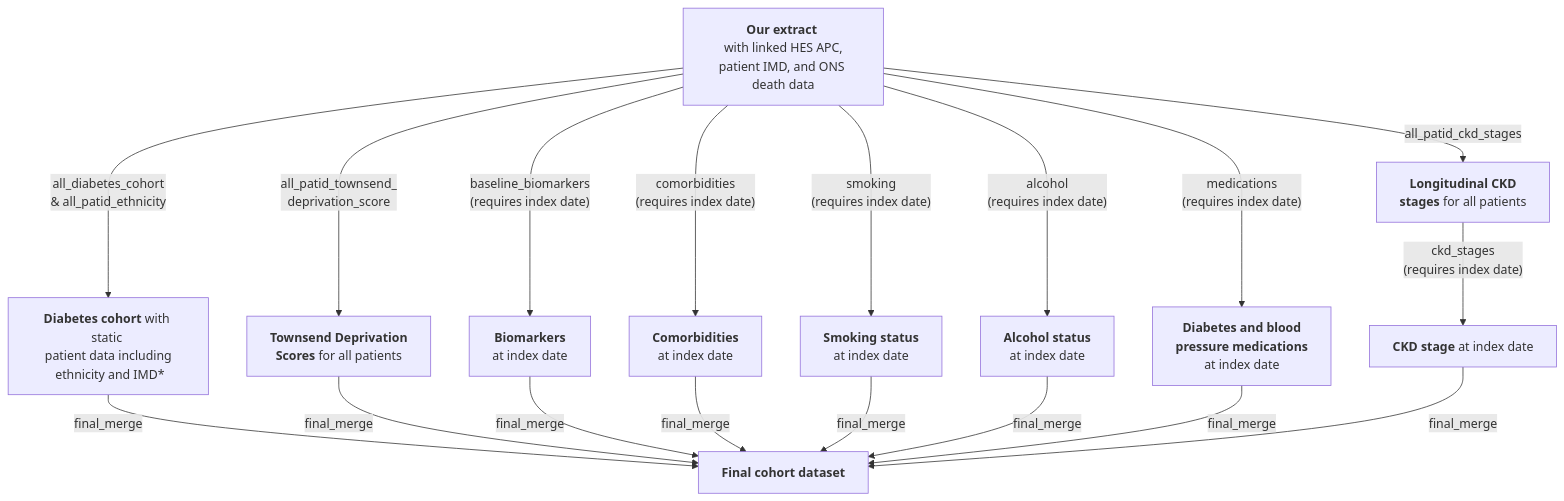
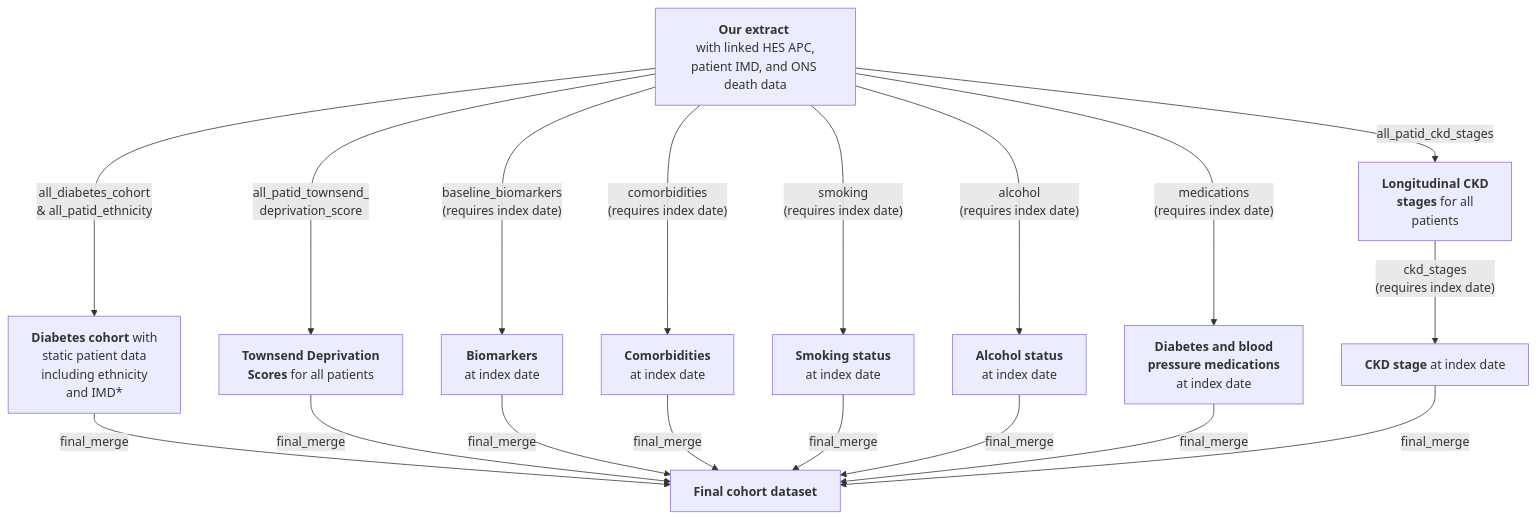
One commit to Exeter-Diabetes/CPRD-Cohort-scripts changed the diagram in 02-Prevalent/README.md. Above: the diagram before and after it, drawn with Mermaid.

````diff
--- a/02-Prevalent/README.md
+++ b/02-Prevalent/README.md
@@ -11,20 +11,20 @@
 ```mermaid
 graph TD;
-    A["<b>Our extract</b> <br> with linked HES APC, patient IMD, and ONS death data"] --> |"all_diabetes_cohort <br> & all_patid_ethnicity"|B["<b>Diabetes cohort</b> with static <br> patient data including <br> ethnicity and IMD*"]
-    A-->|"all_patid_ckd_stages"|C["<b>Longitudinal CKD <br> stages</b> for all patients"]
+    A["<b>Our extract</b> <br> with linked HES APC, patient IMD, and ONS death data"] --> |"all_diabetes_cohort <br> & all_patid_ethnicity"|B["<b>Diabetes cohort</b> with <br> static patient data <br> including ethnicity <br> and IMD*"]
+    A-->|"all_patid_ckd_stages"|C["<b>Longitudinal CKD <br> stages</b> for all <br> patients"]
     A-->|"all_patid_townsend_ <br> deprivation_score"|D["<b>Townsend Deprivation <br> Scores</b> for all patients"]
     A-->|"baseline_biomarkers <br> (requires index date)"|E["<b>Biomarkers</b> <br> at index date"]
     A-->|"comorbidities <br> (requires index date)"|F["<b>Comorbidities</b> <br> at index date"]
     A-->|"smoking <br> (requires index date)"|G["<b>Smoking status</b> <br> at index date"]
     A-->|"alcohol <br> (requires index date)"|H["<b>Alcohol status</b> <br> at index date"]
     A-->|"medications <br> (requires index date)"|K["<b>Diabetes and blood <br> pressure medications</b> <br> at index date"]
     C-->|"ckd_stages <br> (requires index date)"|I["<b>CKD stage</b <br> at index date"]
     B-->|"final_merge"|J["<b>Final cohort dataset</b>"]
     D-->|"final_merge"|J
     E-->|"final_merge"|J
     F-->|"final_merge"|J
     G-->|"final_merge"|J
     H-->|"final_merge"|J
     K-->|"final_merge"|J
     I-->|"final_merge"|J    
 ```
````
